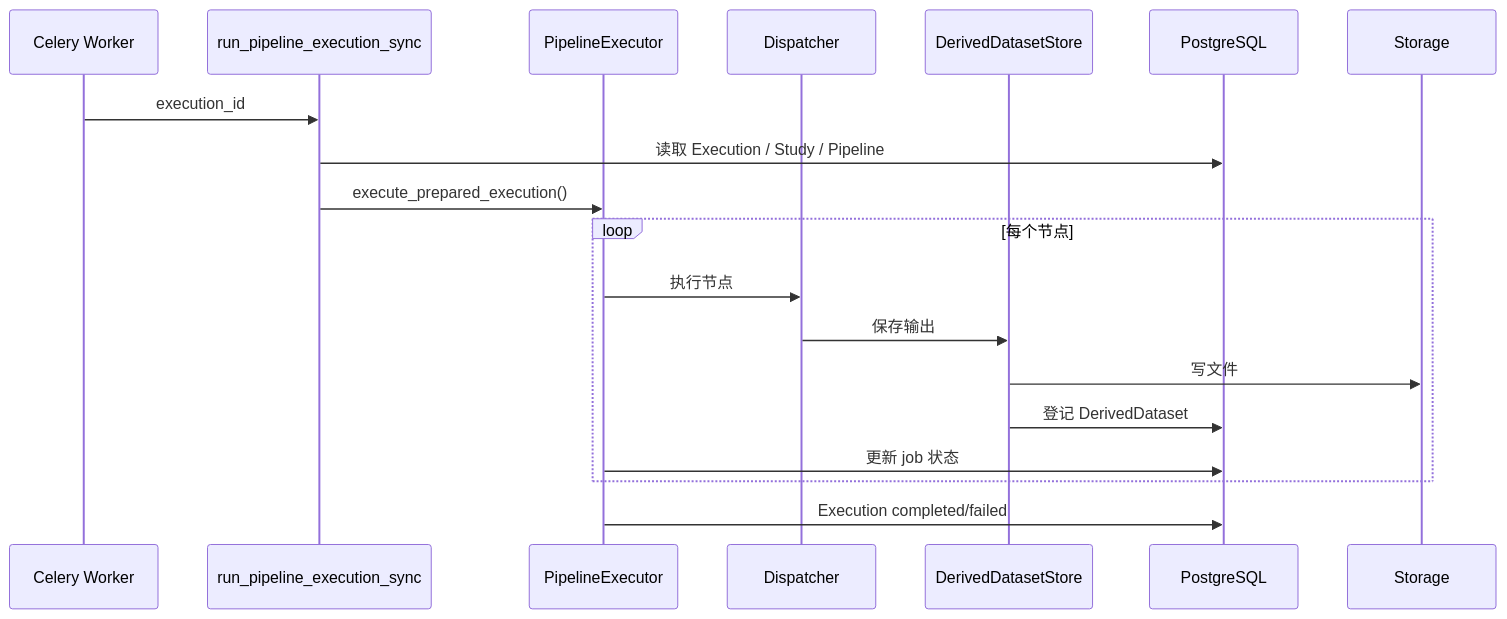
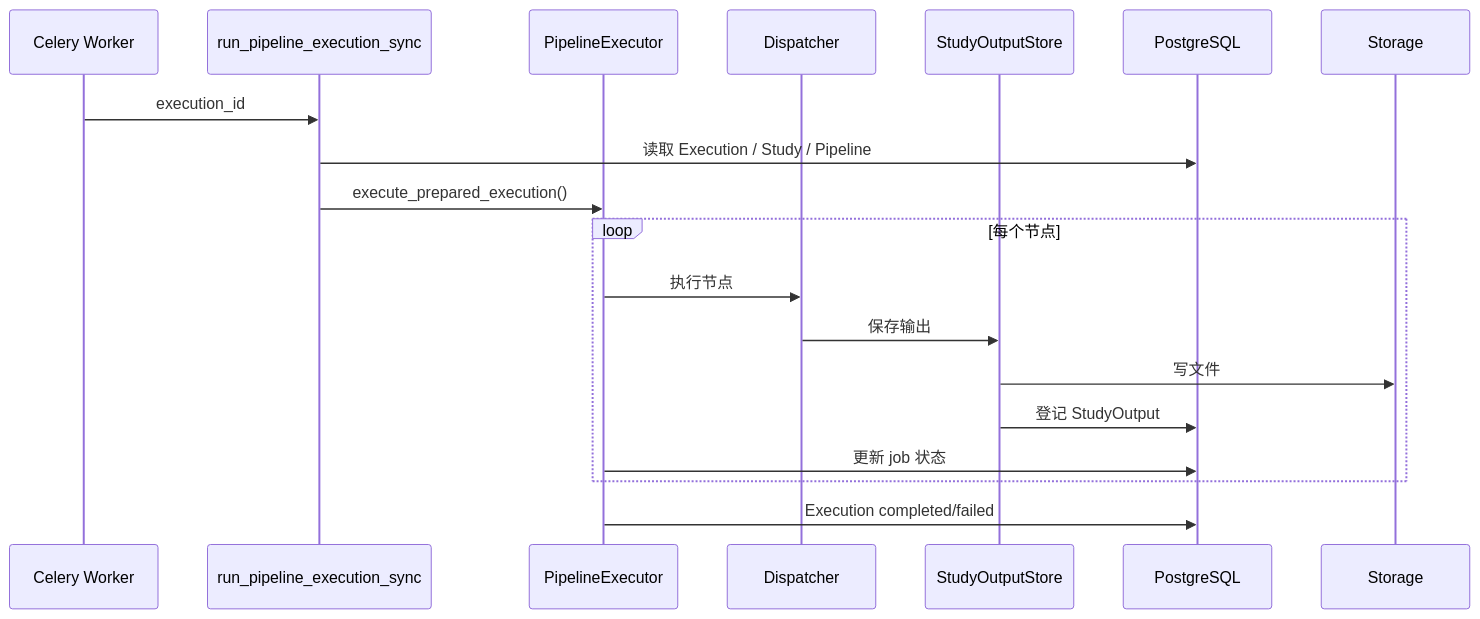
The second of 2 diagrams in wiki/docs/7-40-工作流执行与后台任务.md (NoraJinxy/Niantong_GH_version), drawn with Mermaid before and after one commit. The commit also changed other lines of this file and 39 other files, not shown here.

First line of the commit message:
docs(retention): wiki 收尾 — 批量改名 derived_dataset→输出/StudyOutput + 3-45 概念页重写

````diff
--- a/wiki/docs/7-40-工作流执行与后台任务.md
+++ b/wiki/docs/7-40-工作流执行与后台任务.md
@@ -96,22 +96,22 @@
 ```mermaid
 sequenceDiagram
   participant W as Celery Worker
   participant BG as run_pipeline_execution_sync
   participant Exec as PipelineExecutor
   participant Dispatch as Dispatcher
-  participant Store as DerivedDatasetStore
+  participant Store as StudyOutputStore
   participant DB as PostgreSQL
   participant FS as Storage
 
   W->>BG: execution_id
   BG->>DB: 读取 Execution / Study / Pipeline
   BG->>Exec: execute_prepared_execution()
   loop 每个节点
     Exec->>Dispatch: 执行节点
     Dispatch->>Store: 保存输出
     Store->>FS: 写文件
-    Store->>DB: 登记 DerivedDataset
+    Store->>DB: 登记 StudyOutput
     Exec->>DB: 更新 job 状态
   end
   Exec->>DB: Execution completed/failed
 ```
````
